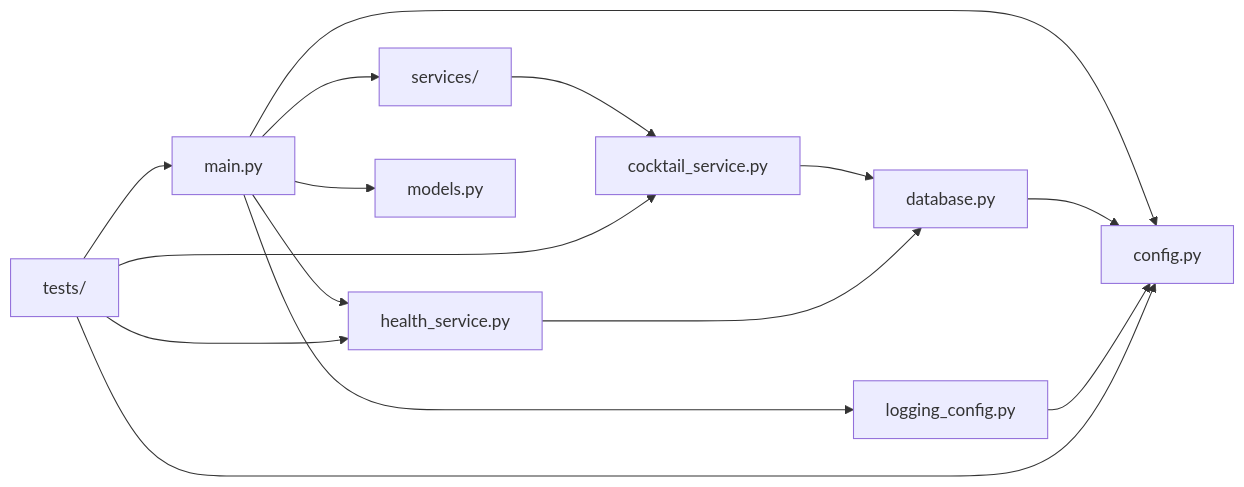
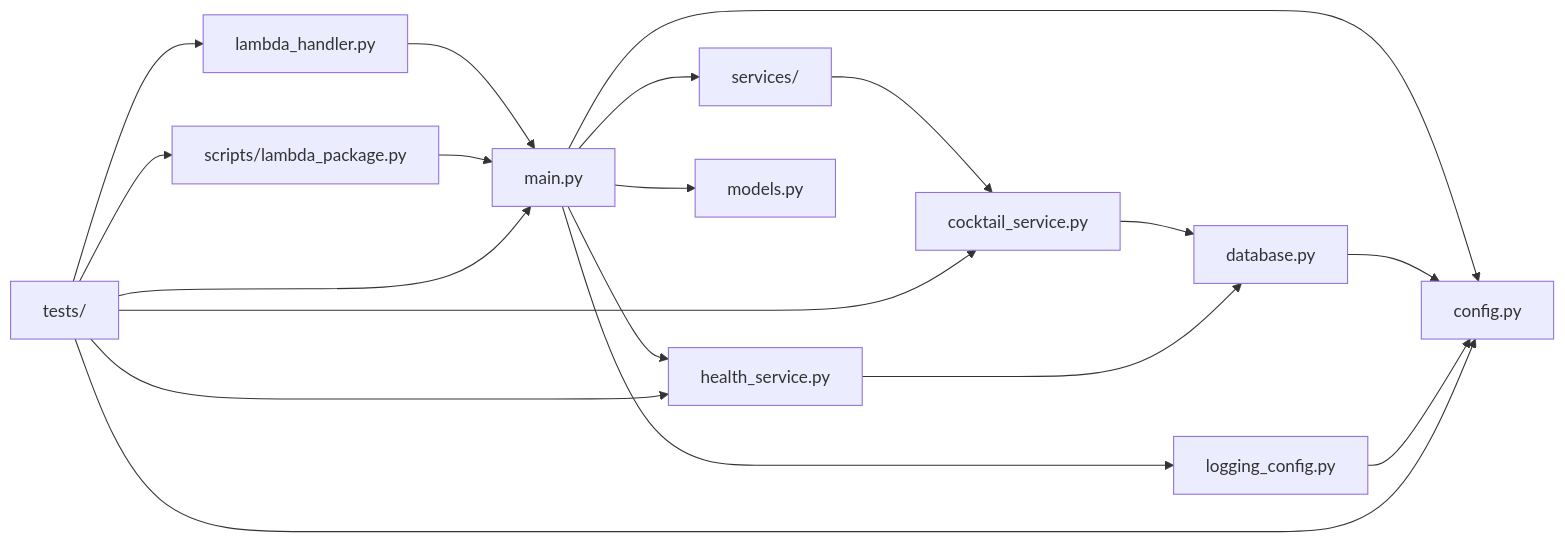
Before and after one commit to tom-stayner/cocktail-ai-app: the third of 3 diagrams in docs/architecture/overview.md, drawn with Mermaid. The commit also changed other lines of this file and 11 other files, not shown here.

````diff
--- a/docs/architecture/overview.md
+++ b/docs/architecture/overview.md
@@ -91,21 +102,25 @@
 ```mermaid
 flowchart LR
 
 main["main.py"]
 
 main --> services["services/"]
 main --> health["health_service.py"]
 main --> config["config.py"]
 main --> models["models.py"]
 main --> logging["logging_config.py"]
+lambda["lambda_handler.py"] --> main
+package["scripts/lambda_package.py"] --> main
 
 services --> cocktail["cocktail_service.py"]
 cocktail --> database["database.py"]
 health --> database
 database --> config
 logging --> config
 tests["tests/"] --> main
 tests --> cocktail
 tests --> health
 tests --> config
+tests --> lambda
+tests --> package
 ```
````
